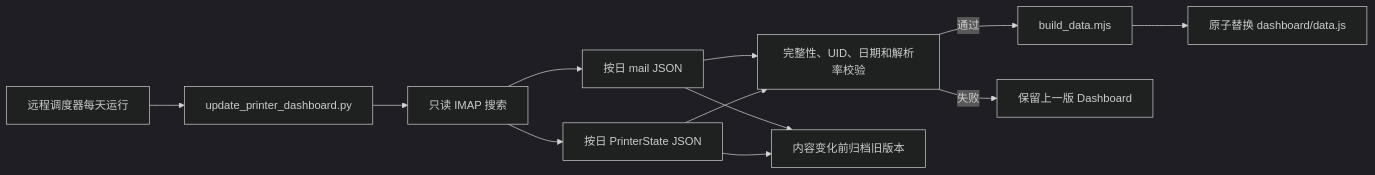
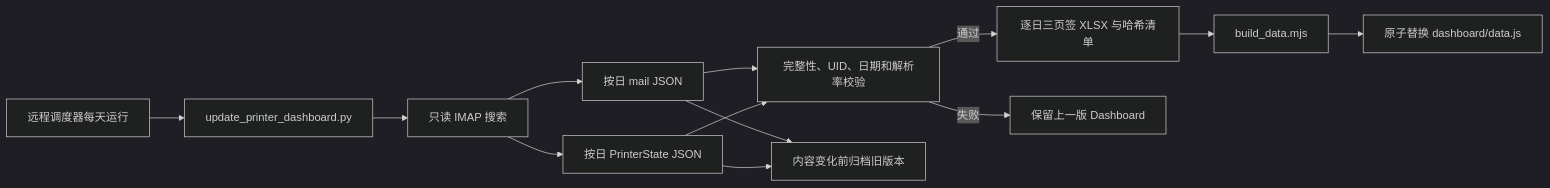
Before and after one commit to yuansshi/printer_info_report_system: the diagram in docs/DASHBOARD_ARCHITECTURE.md, drawn with Mermaid (dark theme). The commit also changed other lines of this file and 13 other files, not shown here.

````diff
--- a/docs/DASHBOARD_ARCHITECTURE.md
+++ b/docs/DASHBOARD_ARCHITECTURE.md
@@ -15,14 +15,15 @@
 ```mermaid
 flowchart LR
     A["远程调度器每天运行"] --> B["update_printer_dashboard.py"]
     B --> C["只读 IMAP 搜索"]
     C --> D["按日 mail JSON"]
     C --> E["按日 PrinterState JSON"]
     D --> F["完整性、UID、日期和解析率校验"]
     E --> F
-    F -->|"通过"| G["build_data.mjs"]
+    F -->|"通过"| K["逐日三页签 XLSX 与哈希清单"]
+    K --> G["build_data.mjs"]
     G --> H["原子替换 dashboard/data.js"]
     F -->|"失败"| I["保留上一版 Dashboard"]
     D --> J["内容变化前归档旧版本"]
     E --> J
 ```
````
